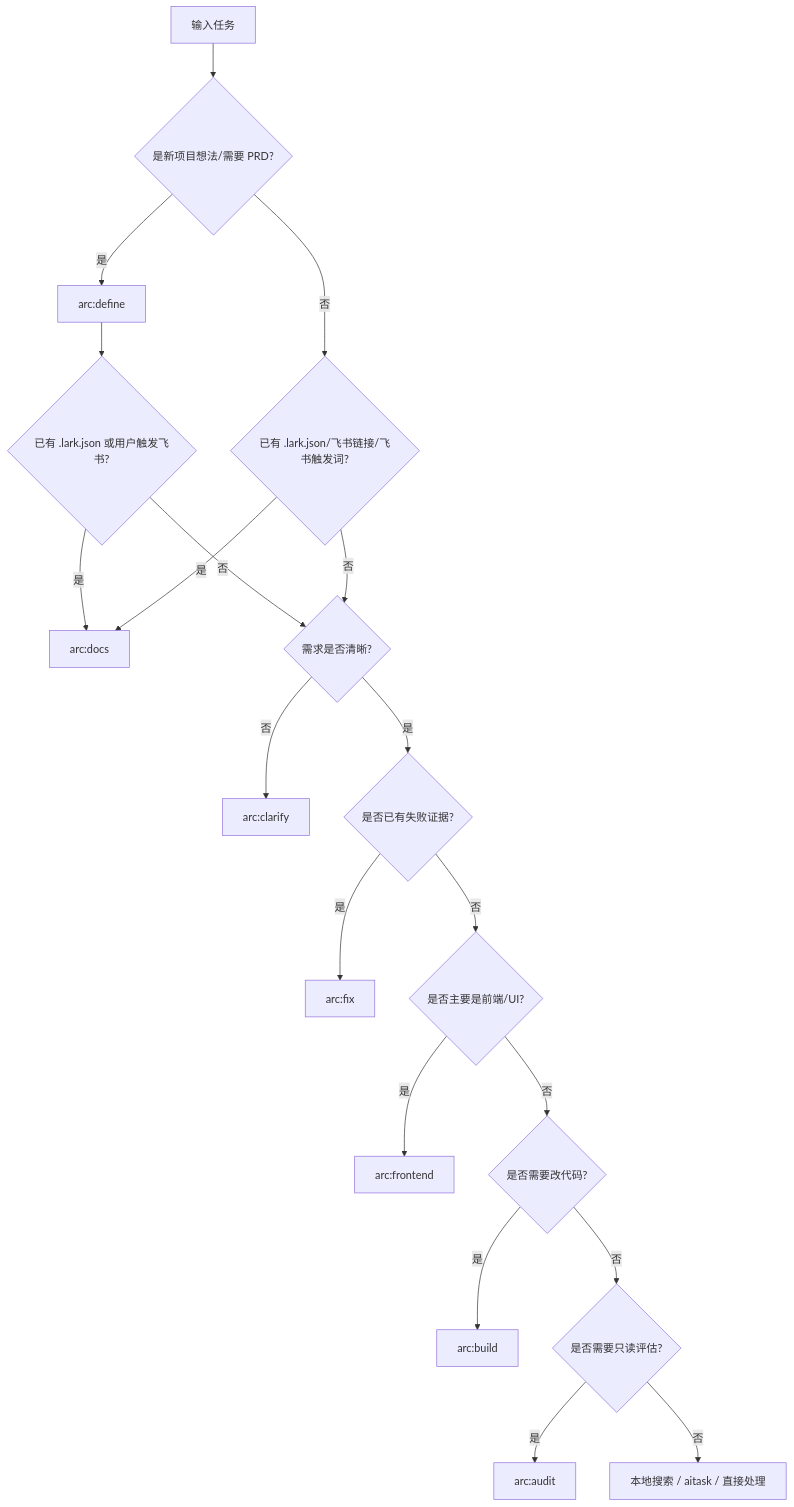
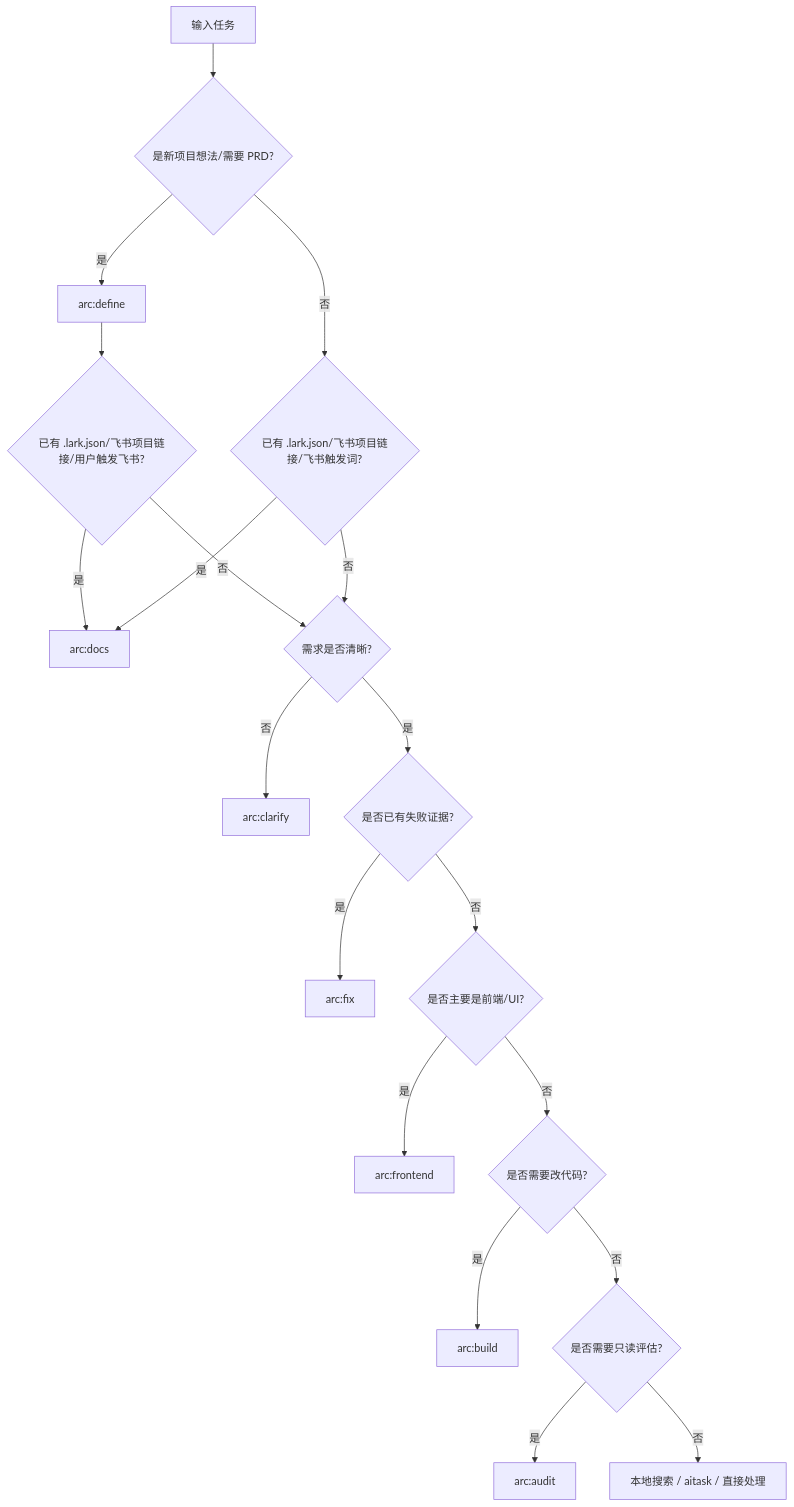
One commit to iwen-conf/Skills changed the diagram in docs/arc-routing-matrix.md. Above: the diagram before and after it, drawn with Mermaid. The commit also changed other lines of this file and 13 other files, not shown here.

````diff
--- a/docs/arc-routing-matrix.md
+++ b/docs/arc-routing-matrix.md
@@ -17,21 +17,21 @@
 ```mermaid
 flowchart TD
     A[输入任务] --> P{是新项目想法/需要 PRD?}
     P -- 是 --> Q[arc:define]
-    Q --> L{已有 .lark.json 或用户触发飞书?}
+    Q --> L{已有 .lark.json/飞书项目链接/用户触发飞书?}
     L -- 是 --> M[arc:docs]
     L -- 否 --> B{需求是否清晰?}
-    P -- 否 --> N{已有 .lark.json/飞书链接/飞书触发词?}
+    P -- 否 --> N{已有 .lark.json/飞书项目链接/飞书触发词?}
     N -- 是 --> M
     N -- 否 --> B{需求是否清晰?}
     B -- 否 --> C[arc:clarify]
     B -- 是 --> D{是否已有失败证据?}
     D -- 是 --> F[arc:fix]
     D -- 否 --> U{是否主要是前端/UI?}
     U -- 是 --> V[arc:frontend]
     U -- 否 --> E{是否需要改代码?}
     E -- 是 --> G[arc:build]
     E -- 否 --> H{是否需要只读评估?}
     H -- 是 --> I[arc:audit]
     H -- 否 --> J[本地搜索 / aitask / 直接处理]
 ```
````
